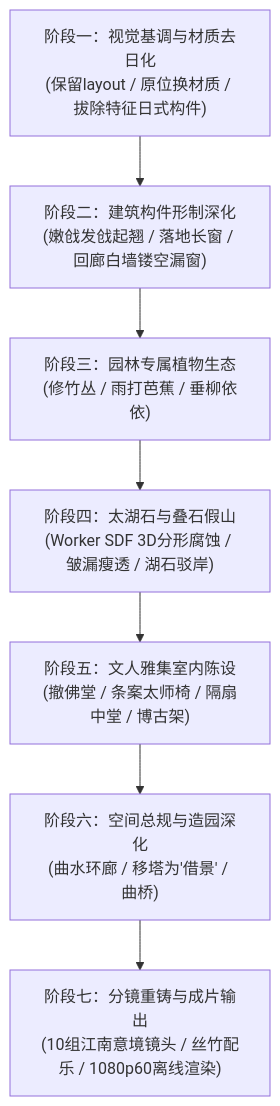
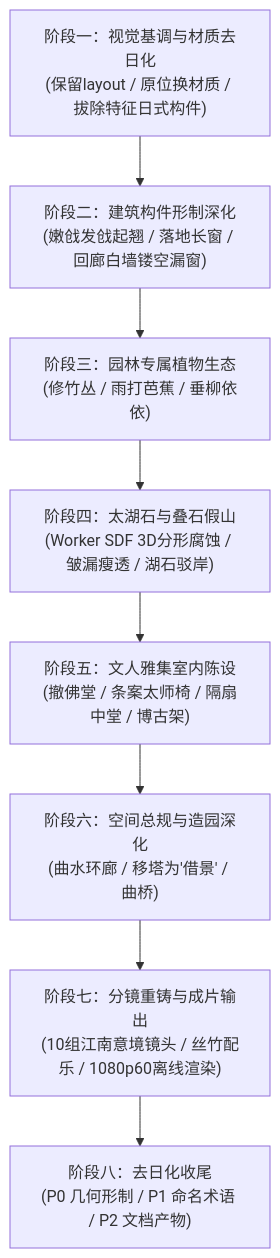
One commit to chainsaid/gusu-garden changed the diagram in docs/REFACTORING_PLAN.md. Above: the diagram before and after it, drawn with Mermaid. The commit also changed other lines of this file and 86 other files, not shown here.

````diff
--- a/docs/REFACTORING_PLAN.md
+++ b/docs/REFACTORING_PLAN.md
@@ -17,9 +25,10 @@
 ```mermaid
 flowchart TD
     P1["阶段一：视觉基调与材质去日化\n(保留layout / 原位换材质 / 拔除特征日式构件)"] --> P2["阶段二：建筑构件形制深化\n(嫩戗发戗起翘 / 落地长窗 / 回廊白墙镂空漏窗)"]
     P2 --> P3["阶段三：园林专属植物生态\n(修竹丛 / 雨打芭蕉 / 垂柳依依)"]
     P3 --> P4["阶段四：太湖石与叠石假山\n(Worker SDF 3D分形腐蚀 / 皱漏瘦透 / 湖石驳岸)"]
     P4 --> P5["阶段五：文人雅集室内陈设\n(撤佛堂 / 条案太师椅 / 隔扇中堂 / 博古架)"]
     P5 --> P6["阶段六：空间总规与造园深化\n(曲水环廊 / 移塔为'借景' / 曲桥)"]
     P6 --> P7["阶段七：分镜重铸与成片输出\n(10组江南意境镜头 / 丝竹配乐 / 1080p60离线渲染)"]
+    P7 --> P8["阶段八：去日化收尾\n(P0 几何形制 / P1 命名术语 / P2 文档产物)"]
 ```
````
